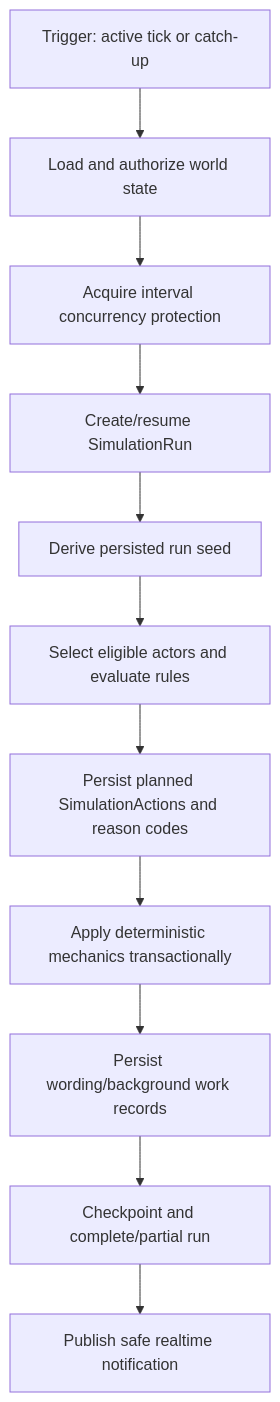
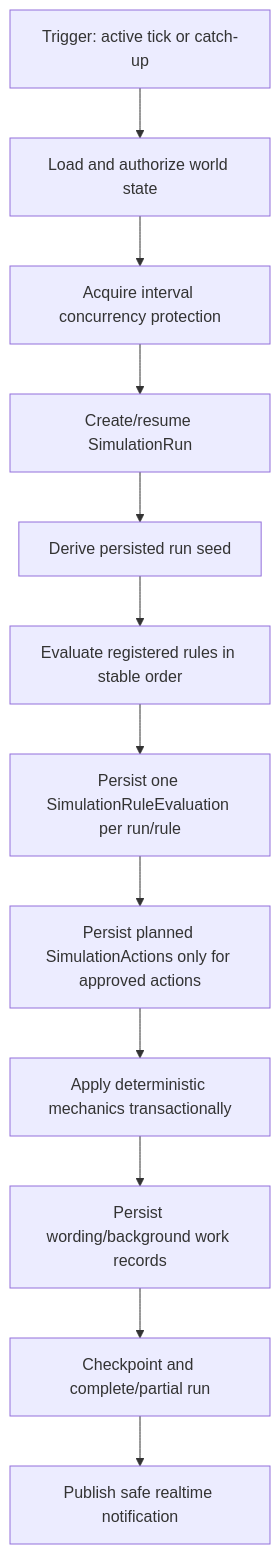
The fourth of 7 diagrams in docs/architecture/ARCHITECTURE.md (rajul-bhatnagar/parallel-world), drawn with Mermaid before and after one commit. The commit also changed other lines of this file and 9 other files, not shown here.

````diff
--- a/docs/architecture/ARCHITECTURE.md
+++ b/docs/architecture/ARCHITECTURE.md
@@ -315,13 +315,14 @@
 ```mermaid
 flowchart TD
     T["Trigger: active tick or catch-up"] --> L["Load and authorize world state"]
     L --> C["Acquire interval concurrency protection"]
     C --> R["Create/resume SimulationRun"]
     R --> S["Derive persisted run seed"]
-    S --> E["Select eligible actors and evaluate rules"]
-    E --> A["Persist planned SimulationActions and reason codes"]
+    S --> E["Evaluate registered rules in stable order"]
+    E --> D["Persist one SimulationRuleEvaluation per run/rule"]
+    D --> A["Persist planned SimulationActions only for approved actions"]
     A --> X["Apply deterministic mechanics transactionally"]
     X --> J["Persist wording/background work records"]
     J --> K["Checkpoint and complete/partial run"]
     K --> N["Publish safe realtime notification"]
 ```
````
